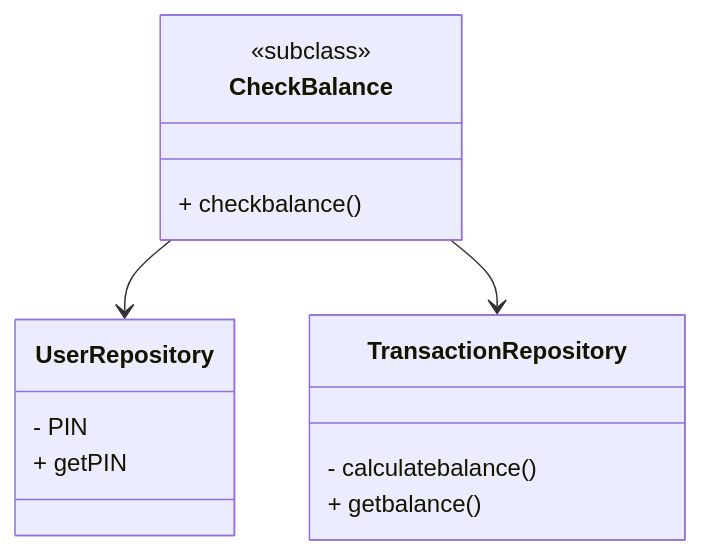
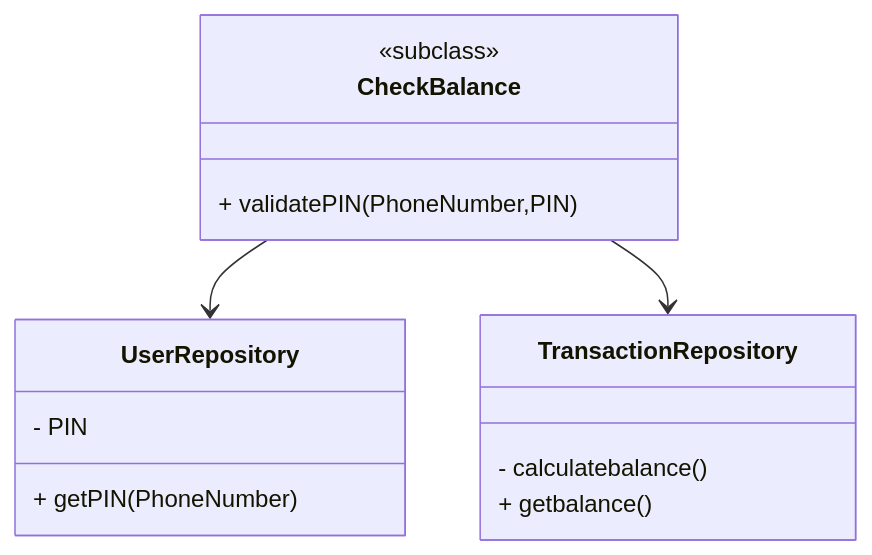
Before and after one commit to ADORSYS-GIS/e2e-banking-app: the diagram in docs/ValidatePInDisplayBalance.md, drawn with Mermaid.

Commit message:
docs(ValidatePINDisplayBalance): fixed UML diagram of PIN validation process and balance display

````diff
--- a/docs/ValidatePInDisplayBalance.md
+++ b/docs/ValidatePInDisplayBalance.md
@@ -56,20 +56,20 @@
 ```mermaid
 classDiagram
     class CheckBalance {
         <<subclass>>
-        + checkbalance()
+        + validatePIN(PhoneNumber,PIN)
     }
     class UserRepository {
         - PIN
-        + getPIN
+        + getPIN(PhoneNumber)
         
     }
     class TransactionRepository {
         - calculatebalance()
         + getbalance()
         
     }
 
 CheckBalance --> UserRepository
 CheckBalance --> TransactionRepository
 ```
````
